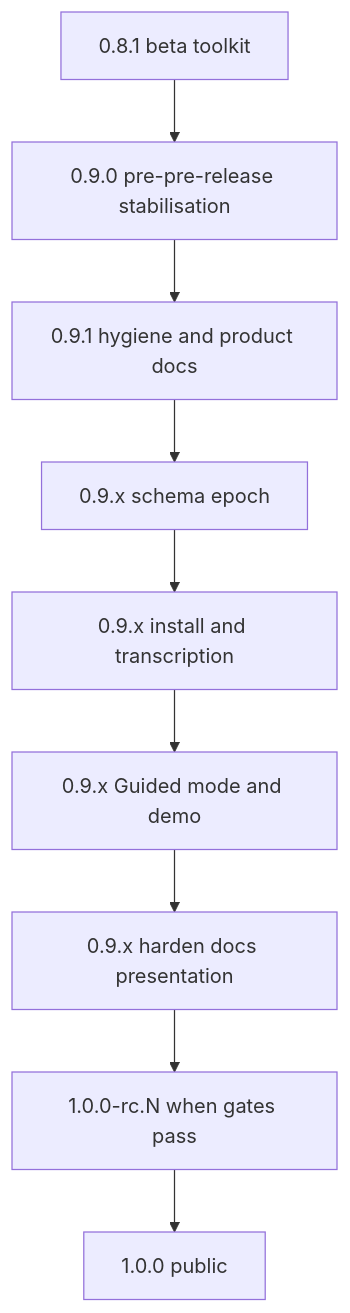
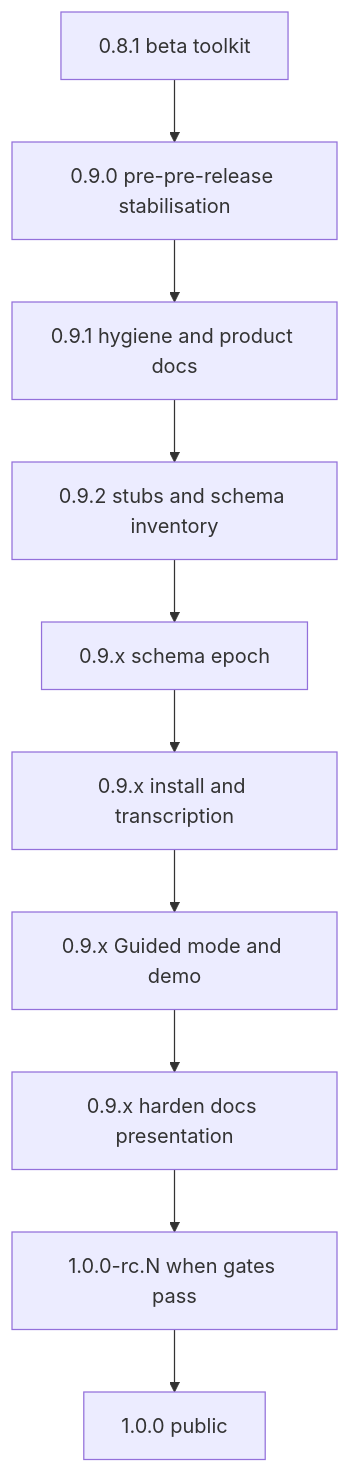
Before and after one commit to glen-w/TranscriptX: the first of 2 diagrams in docs/dev/pre_release_roadmap_1_0.md, drawn with Mermaid. The commit also changed other lines of this file and 23 other files, not shown here.

First line of the commit message:
Release 0.9.2: Phase 0B planning stubs and schema-epoch inventory sign-off.

````diff
--- a/docs/dev/pre_release_roadmap_1_0.md
+++ b/docs/dev/pre_release_roadmap_1_0.md
@@ -418,13 +419,14 @@
 ```mermaid
 flowchart TD
   v08[0.8.1 beta toolkit]
   v090[0.9.0 pre-pre-release stabilisation]
   v091[0.9.1 hygiene and product docs]
+  v092[0.9.2 stubs and schema inventory]
   themeSchema[0.9.x schema epoch]
   themeInstall[0.9.x install and transcription]
   themeModes[0.9.x Guided mode and demo]
   themeHarden[0.9.x harden docs presentation]
   rc[1.0.0-rc.N when gates pass]
   v10[1.0.0 public]
-  v08 --> v090 --> v091 --> themeSchema --> themeInstall --> themeModes --> themeHarden --> rc --> v10
+  v08 --> v090 --> v091 --> v092 --> themeSchema --> themeInstall --> themeModes --> themeHarden --> rc --> v10
 ```
````
